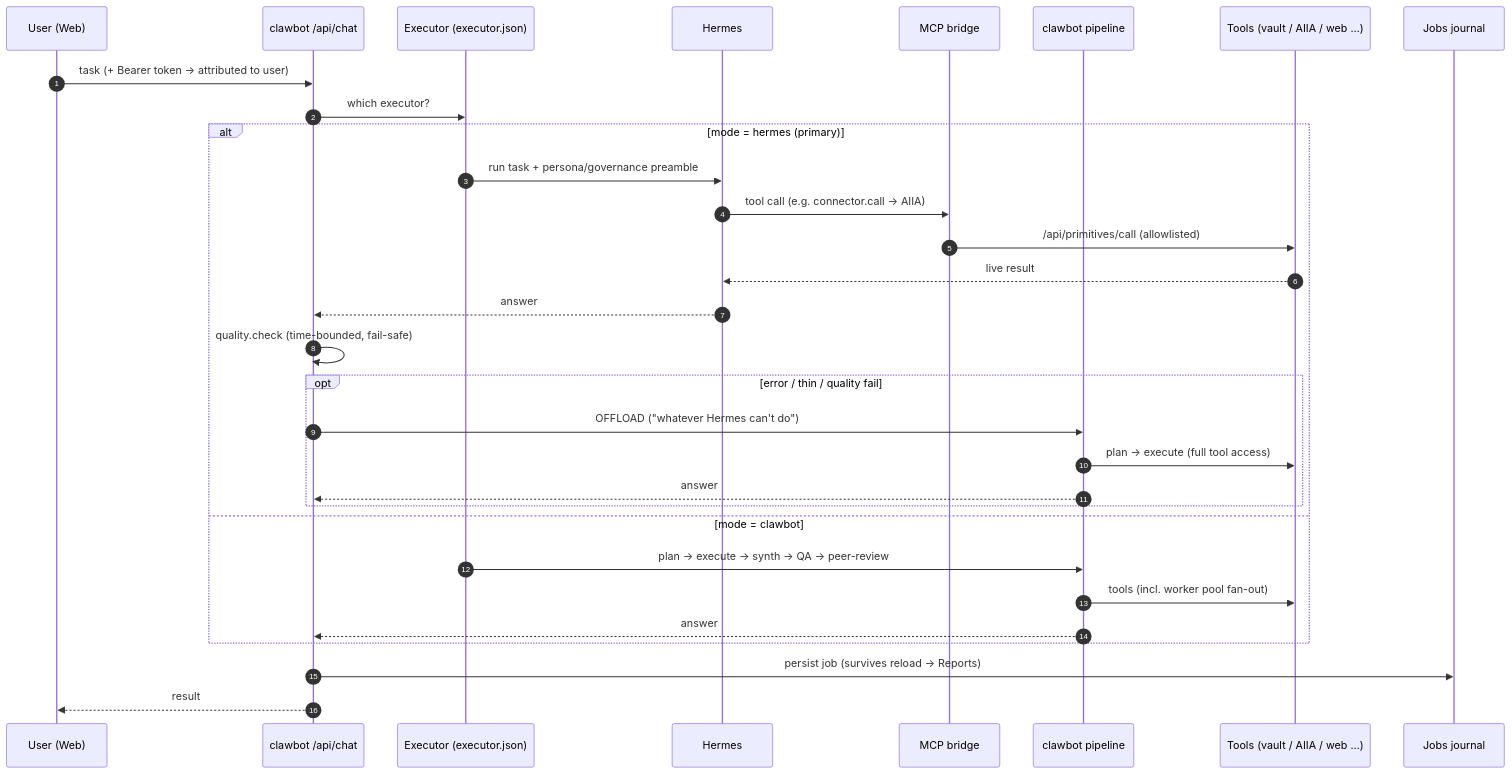
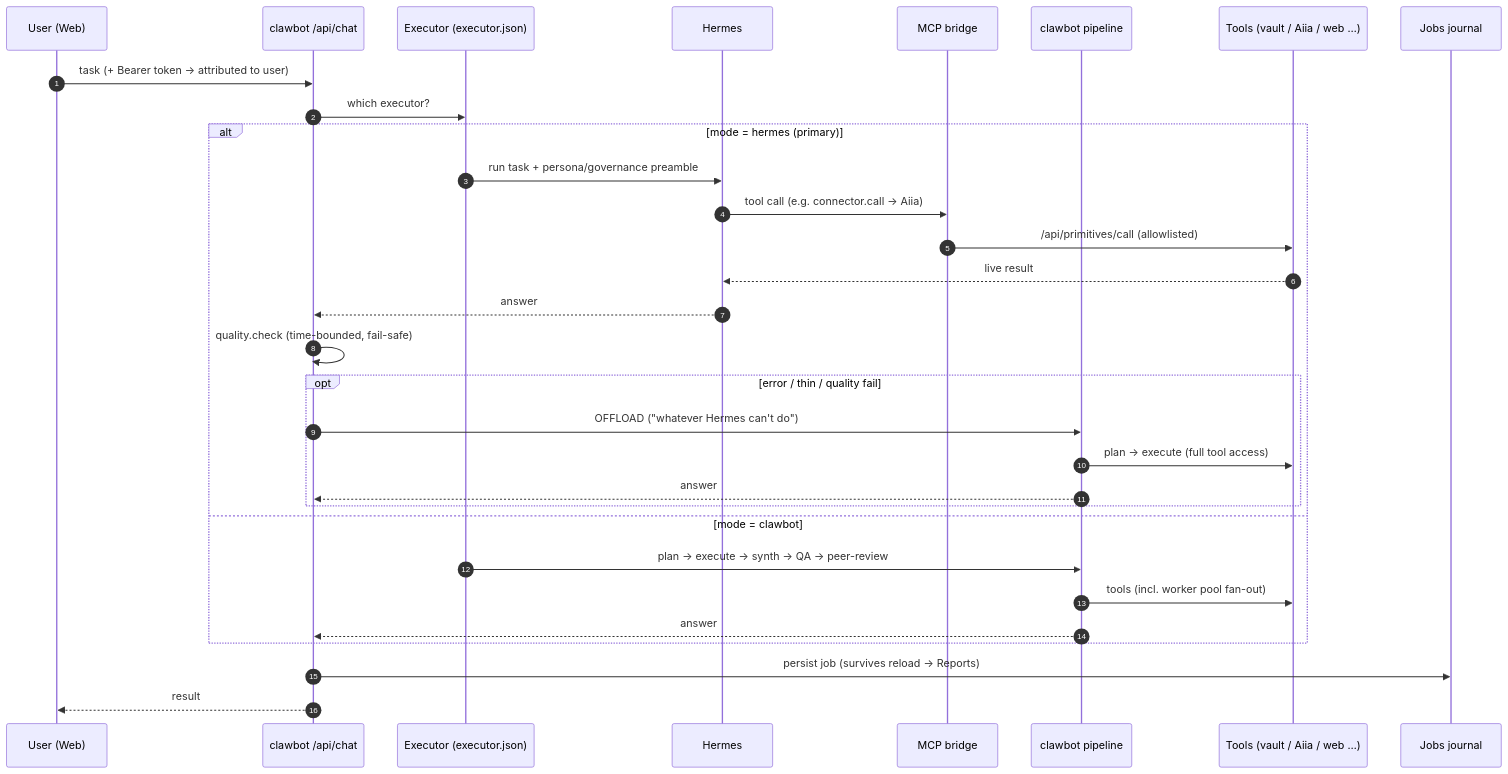
The second of 5 diagrams in docs/ARCHITECTURE.md (RUBIEM-DEVELOPERS-REPO/neuroworks), drawn with Mermaid before and after one commit. The commit also changed other lines of this file and 127 other files, not shown here.

````diff
--- a/docs/ARCHITECTURE.md
+++ b/docs/ARCHITECTURE.md
@@ -94,34 +94,34 @@
 ```mermaid
 sequenceDiagram
   autonumber
   participant U as User (Web)
   participant API as clawbot /api/chat
   participant EX as Executor (executor.json)
   participant H as Hermes
   participant MCP as MCP bridge
   participant CB as clawbot pipeline
-  participant T as Tools (vault / AIIA / web …)
+  participant T as Tools (vault / Aiia / web …)
   participant J as Jobs journal
 
   U->>API: task (+ Bearer token → attributed to user)
   API->>EX: which executor?
   alt mode = hermes (primary)
     EX->>H: run task + persona/governance preamble
-    H->>MCP: tool call (e.g. connector.call → AIIA)
+    H->>MCP: tool call (e.g. connector.call → Aiia)
     MCP->>T: /api/primitives/call (allowlisted)
     T-->>H: live result
     H-->>API: answer
     API->>API: quality.check (time-bounded, fail-safe)
     opt error / thin / quality fail
       API->>CB: OFFLOAD ("whatever Hermes can't do")
       CB->>T: plan → execute (full tool access)
       CB-->>API: answer
     end
   else mode = clawbot
     EX->>CB: plan → execute → synth → QA → peer-review
     CB->>T: tools (incl. worker pool fan-out)
     CB-->>API: answer
   end
   API->>J: persist job (survives reload → Reports)
   API-->>U: result
 ```
````
